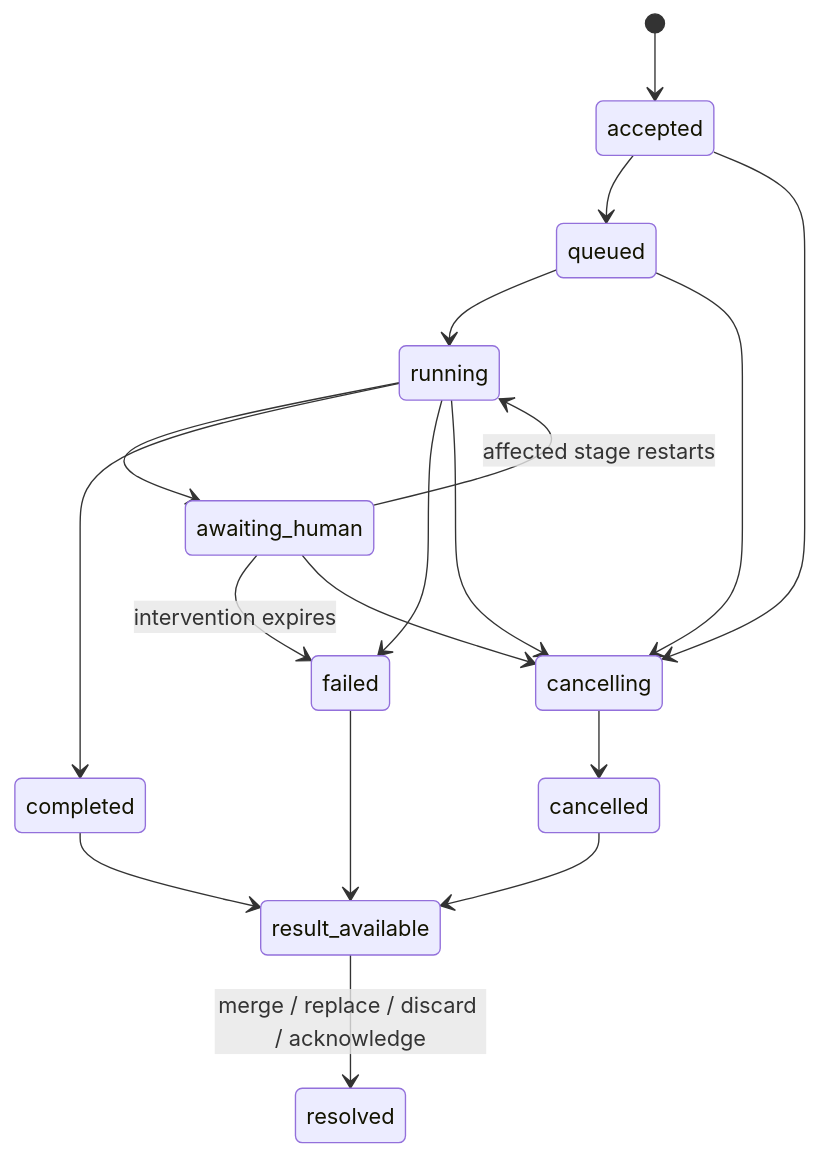
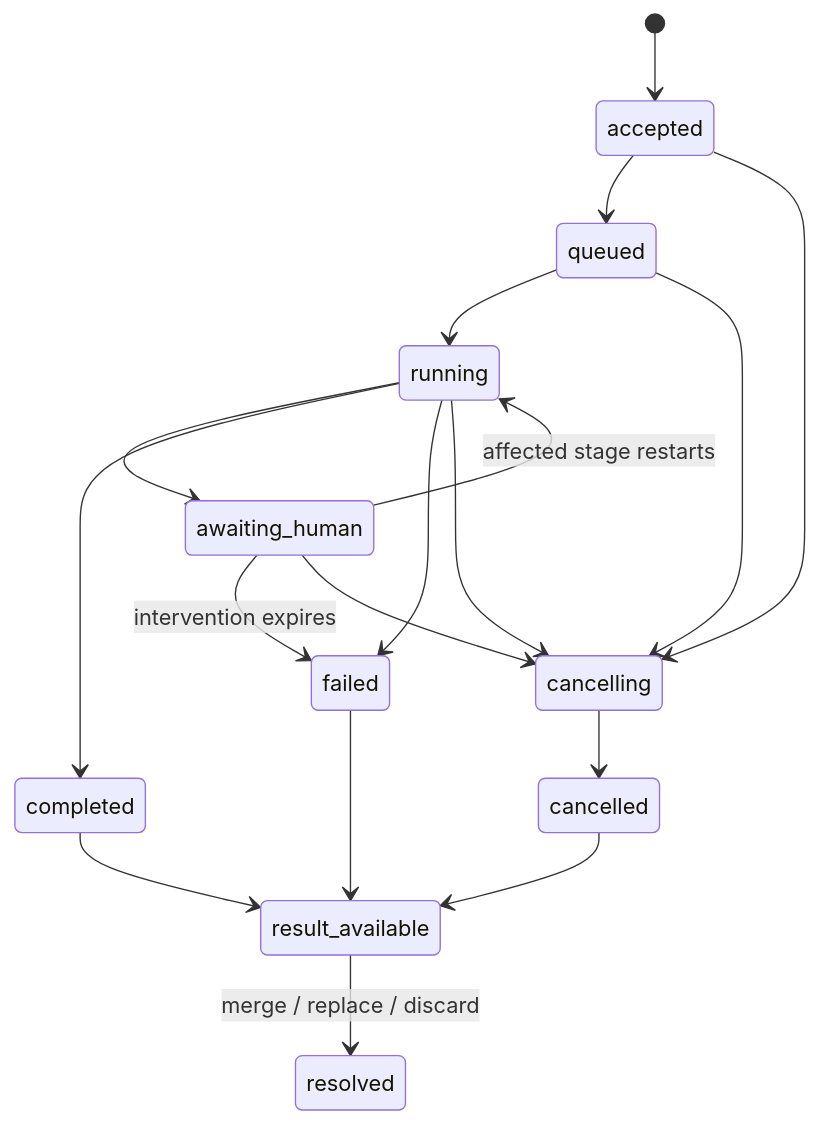
The diagram in docs/design/agent-authored-child-workflows.md (Agent-Clubhouse/Goobers), drawn with Mermaid before and after one commit. The commit also changed other lines of this file and 2 other files, not shown here.

````diff
--- a/docs/design/agent-authored-child-workflows.md
+++ b/docs/design/agent-authored-child-workflows.md
@@ -164,20 +164,20 @@
 ```mermaid
 stateDiagram-v2
     [*] --> accepted
     accepted --> queued
     queued --> running
     running --> awaiting_human
     awaiting_human --> running: affected stage restarts
     running --> completed
     running --> failed
     awaiting_human --> failed: intervention expires
     accepted --> cancelling
     queued --> cancelling
     running --> cancelling
     awaiting_human --> cancelling
     cancelling --> cancelled
     completed --> result_available
     failed --> result_available
     cancelled --> result_available
-    result_available --> resolved: merge / replace / discard / acknowledge
+    result_available --> resolved: merge / replace / discard
 ```
````
